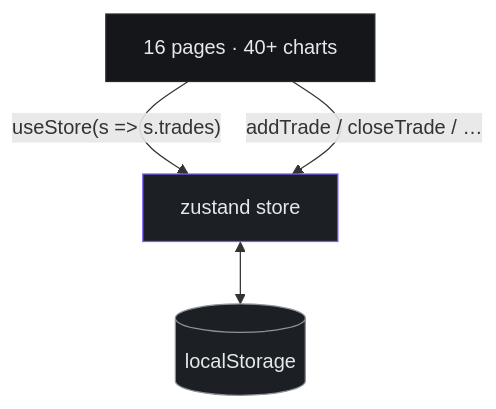
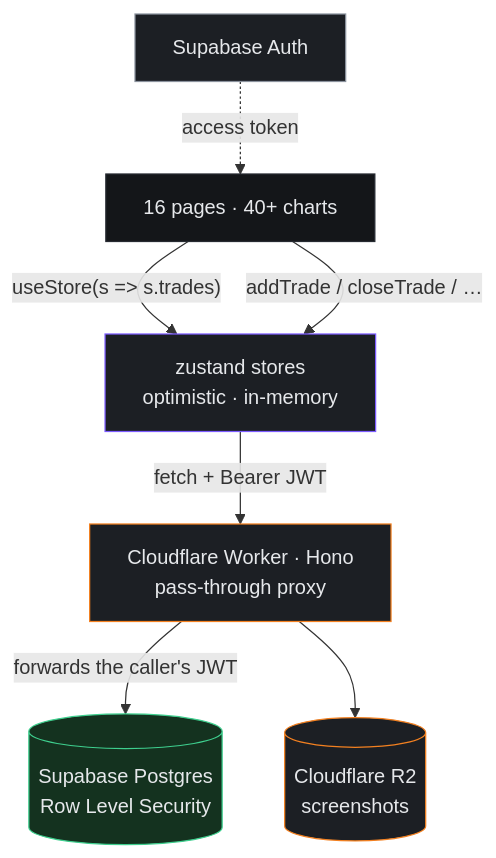
Before and after one commit to Saurabh-0312/LedgerX: the second of 2 diagrams in README.md, drawn with Mermaid. The commit also changed other lines of this file and 6 other files, not shown here.

````diff
--- a/README.md
+++ b/README.md
@@ -217,10 +239,16 @@
 ```mermaid
 flowchart TD
-    P["16 pages · 40+ charts"] -- "useStore(s => s.trades)" --> S["zustand store"]
+    P["16 pages · 40+ charts"] -- "useStore(s => s.trades)" --> S["zustand stores<br/>optimistic · in-memory"]
     P -- "addTrade / closeTrade / …" --> S
-    S <--> L[("localStorage")]
+    S -- "fetch + Bearer JWT" --> W["Cloudflare Worker · Hono<br/>pass-through proxy"]
+    W -- "forwards the caller's JWT" --> DB[("Supabase Postgres<br/>Row Level Security")]
+    W --> R2[("Cloudflare R2<br/>screenshots")]
+    A["Supabase Auth"] -. "access token" .-> P
 
     style S fill:#1c1f24,stroke:#7c5cff,color:#e6e8eb
-    style L fill:#1c1f24,stroke:#8b929d,color:#e6e8eb
+    style W fill:#1c1f24,stroke:#f38020,color:#e6e8eb
+    style DB fill:#14321f,stroke:#3ecf8e,color:#e6e8eb
+    style R2 fill:#1c1f24,stroke:#f38020,color:#e6e8eb
+    style A fill:#1c1f24,stroke:#8b929d,color:#e6e8eb
     style P fill:#141619,stroke:#262a31,color:#e6e8eb
 ```
````
